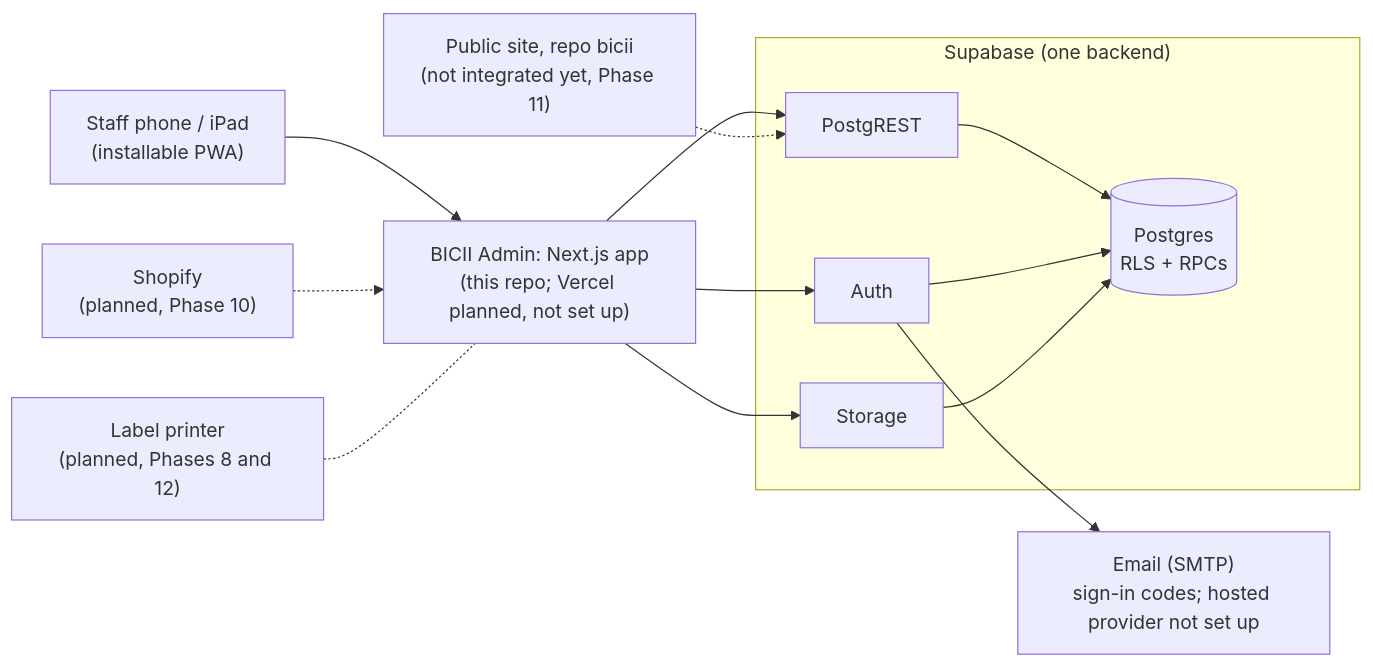
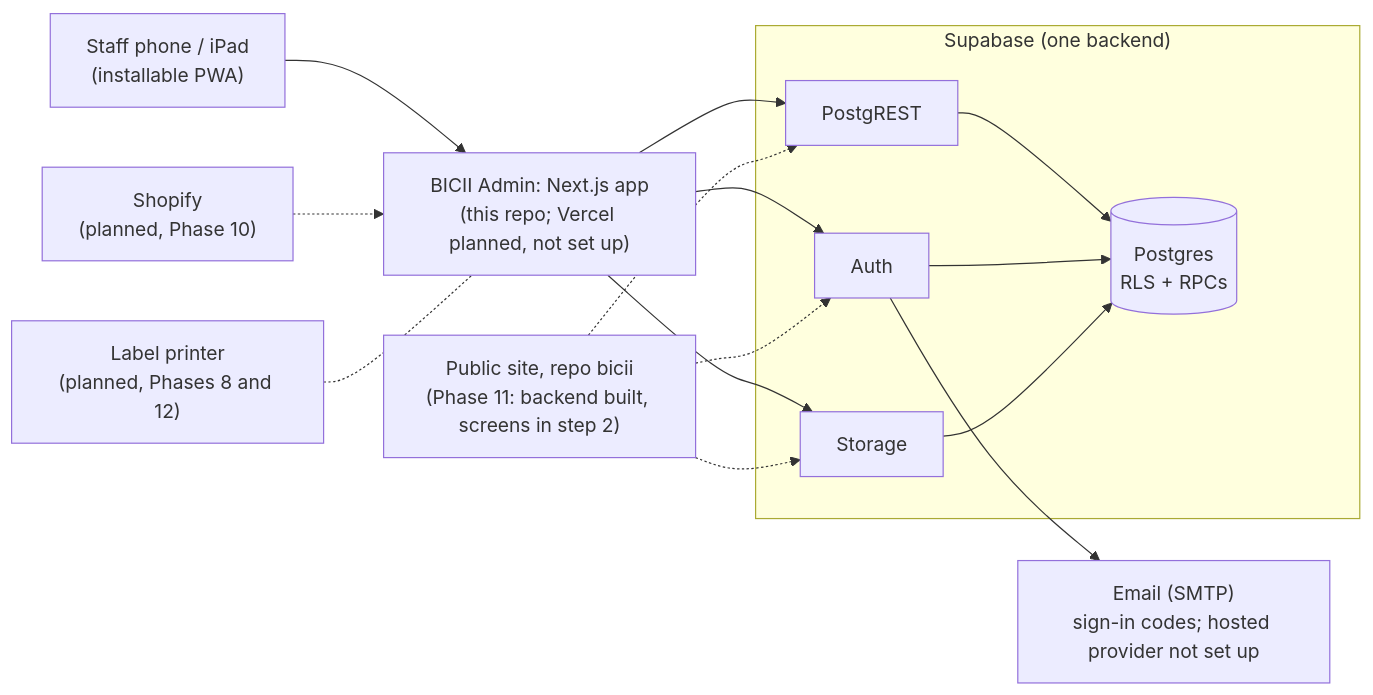
Before and after one commit to abhishekcheriangeorge-ops/bicii-book: the diagram in docs/ARCHITECTURE.md, drawn with Mermaid. The commit also changed other lines of this file and 18 other files, not shown here.

First line of the commit message:
Phase 11 step 1: the public site's backend (claim_my_customer, bookable_slots, customer photo policy; D120-D125)

````diff
--- a/docs/ARCHITECTURE.md
+++ b/docs/ARCHITECTURE.md
@@ -18,20 +18,22 @@
 ```mermaid
 flowchart LR
   staff["Staff phone / iPad<br/>(installable PWA)"] --> app["BICII Admin: Next.js app<br/>(this repo; Vercel planned, not set up)"]
   app --> auth
   app --> rest
   app --> storage
   subgraph supabase["Supabase (one backend)"]
     auth["Auth"]
     rest["PostgREST"]
     storage["Storage"]
     db[("Postgres<br/>RLS + RPCs")]
     rest --> db
     auth --> db
     storage --> db
   end
-  public["Public site, repo bicii<br/>(not integrated yet, Phase 11)"] -.-> rest
+  public["Public site, repo bicii<br/>(Phase 11: backend built, screens in step 2)"] -.-> rest
+  public -.-> auth
+  public -.-> storage
   shopify["Shopify<br/>(planned, Phase 10)"] -.-> app
   printer["Label printer<br/>(planned, Phases 8 and 12)"] -.- app
   auth --> mail["Email (SMTP)<br/>sign-in codes; hosted provider not set up"]
 ```
````
